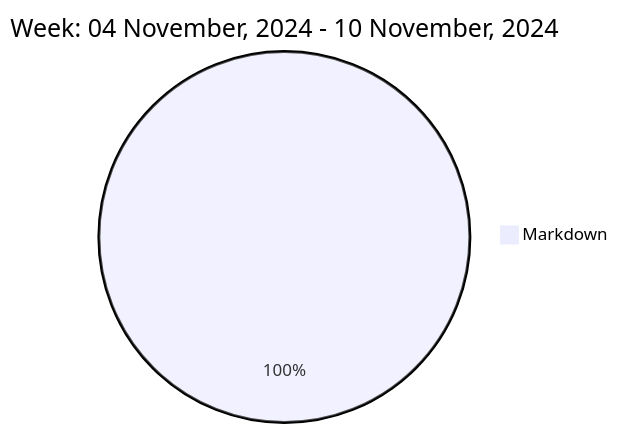
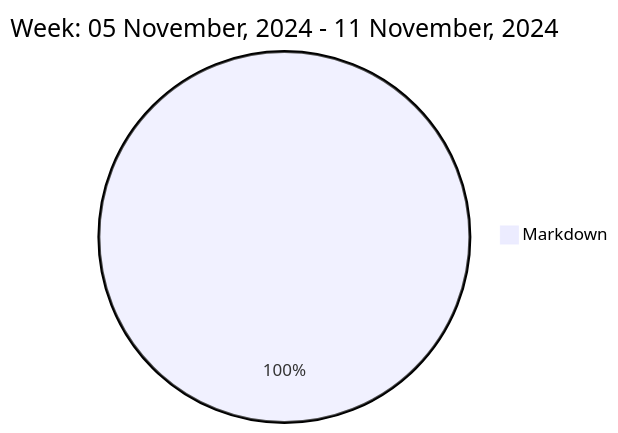
One commit to liubin95/liubin95 changed the diagram in README.md. Above: the diagram before and after it, drawn with Mermaid.

Commit message:
Updated the Graph with new Metrics

````diff
--- a/README.md
+++ b/README.md
@@ -37,5 +37,5 @@
 ```mermaid
  pie
-title Week: 04 November, 2024 - 10 November, 2024
- "Markdown" : 3.08
+title Week: 05 November, 2024 - 11 November, 2024
+ "Markdown" : 2.4
 ```
````
